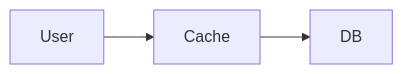
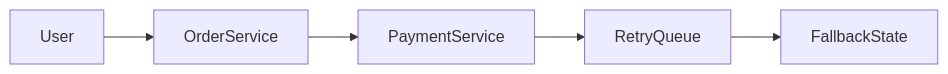
One commit to dbajajmnk/systemdesign changed the second of 11 diagrams in systemdesign/7. Performance and Latency Considerations/Concept.md. Above: the diagram before and after it, drawn with Mermaid. The commit also changed other lines of this file and 4 other files, not shown here.

````diff
--- a/systemdesign/7. Performance and Latency Considerations/Concept.md
+++ b/systemdesign/7. Performance and Latency Considerations/Concept.md
@@ -110,4 +71,8 @@
 ```mermaid
 flowchart LR
-    User --> Cache --> DB
+
+User --> OrderService
+OrderService --> PaymentService
+PaymentService --> RetryQueue
+RetryQueue --> FallbackState
 ```
````
